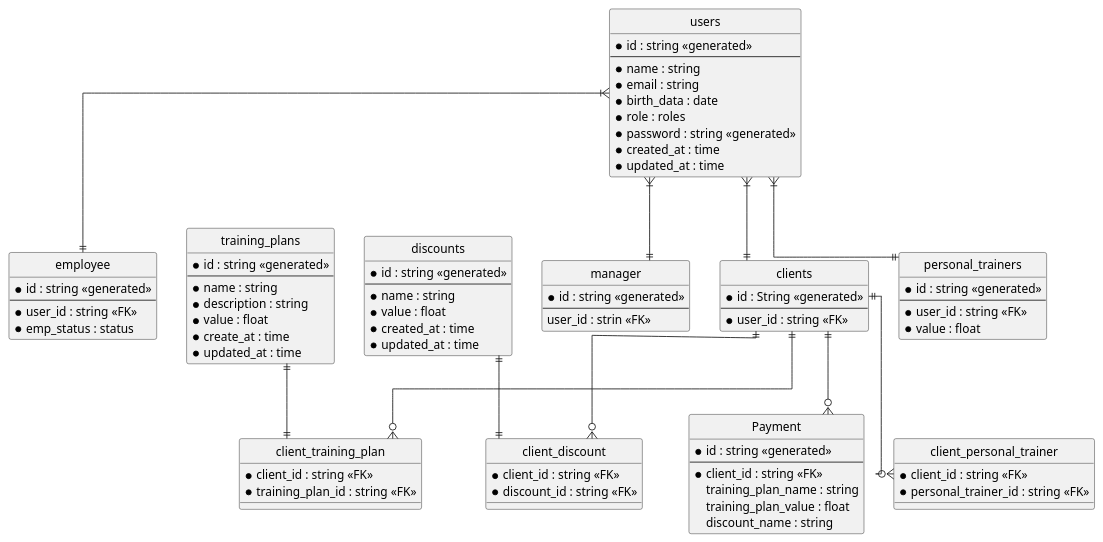
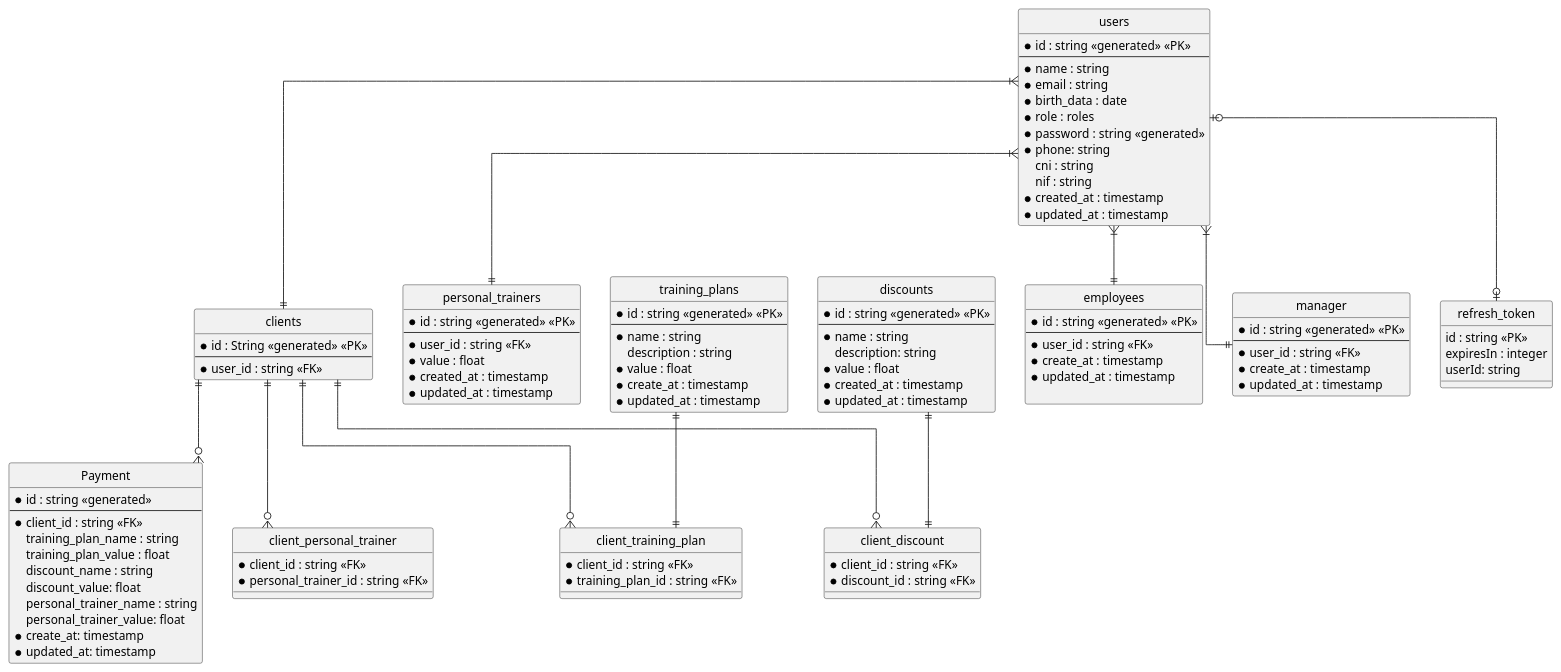
Before and after one commit to bosshentai/tccCode: the diagram in diagram/ER/diagram.plantuml, drawn with PlantUML. The commit also changed 19 other files, not shown here.

```diff
--- a/diagram/ER/diagram.plantuml
+++ b/diagram/ER/diagram.plantuml
@@ -1,109 +1,133 @@
 @startuml ERDiagram
 
 ' hide the spot
 hide circle
-
+' left to right direction
 
 skinparam linetype ortho
 
 entity "users" as u1 {
   '* identifying_atrribute
-  * id : string <<generated>>
+  * id : string <<generated>> <<PK>>
   --
   * name : string
   * email : string
   * birth_data : date
   * role : roles
   * password : string <<generated>>
-  * created_at : time
-  * updated_at : time
+  * phone: string
+    cni : string
+    nif : string
+  * created_at : timestamp
+  * updated_at : timestamp
+}
+
+
+entity "refresh_token" as token {
+  id : string <<PK>>
+  expiresIn : integer
+  userId: string
 }
 
 entity "clients" as c1 {
-  * id : String <<generated>>
+  * id : String <<generated>> <<PK>>
   --
   * user_id : string <<FK>>
 }
 
 entity "training_plans" as t1 {
-  * id : string <<generated>>
+  * id : string <<generated>> <<PK>>
   --
   * name : string
-  * description : string
+    description : string
   * value : float
-  * create_at : time
-  * updated_at : time
+  * create_at : timestamp
+  * updated_at : timestamp
 }
 
 entity "discounts" as d1 {
-  * id : string <<generated>>
+  * id : string <<generated>> <<PK>>
   --
   * name : string
+    description: string
   * value : float
-  * created_at : time
-  * updated_at : time
+  * created_at : timestamp
+  * updated_at : timestamp
 }
 
 entity "personal_trainers" as pt {
-  * id : string <<generated>>
+  * id : string <<generated>> <<PK>>
   --
   * user_id : string <<FK>>
   * value : float
+  * created_at : timestamp
+  * updated_at : timestamp
 }
 
-entity "employee" as e1 {
-  * id : string <<generated>>
+entity "employees" as e1 {
+  * id : string <<generated>> <<PK>>
   --
   * user_id : string <<FK>>
-  * emp_status : status
+  * create_at : timestamp
+  * updated_at : timestamp
+
 }
 
 entity "manager" as m1 {
-  * id : string <<generated>>
+  * id : string <<generated>> <<PK>>
   --
-  user_id : strin <<FK>>
+  * user_id : string <<FK>>
+  * create_at : timestamp
+  * updated_at : timestamp
 }
 
 
 entity "Payment" as pay {
   * id : string <<generated>>
   --
   * client_id : string <<FK>>
   training_plan_name : string
   training_plan_value : float
   discount_name : string
+  discount_value: float
+  personal_trainer_name : string
+  personal_trainer_value: float
+  * create_at: timestamp
+  * updated_at: timestamp
 }
 
 entity "client_personal_trainer" as cpt{
   * client_id : string <<FK>>
   * personal_trainer_id : string <<FK>>
 }
 
 entity "client_training_plan" as ctp {
   * client_id : string <<FK>>
   * training_plan_id : string <<FK>>
 }
 
 entity "client_discount" as cd {
   * client_id : string <<FK>>
   * discount_id : string <<FK>>
 }
 
 
 u1 }|--|| c1
 u1 }|--|| m1
 u1 }|--|| e1
 u1 }|--|| pt
+u1 |o--o| token
+
 
 
 d1 ||--|| cd
 t1 ||--|| ctp
 
 
 c1 ||--o{ cpt
 c1 ||--o{ cd
 c1 ||--o{ ctp
 c1 ||--o{ pay
 
 
 @enduml
```
